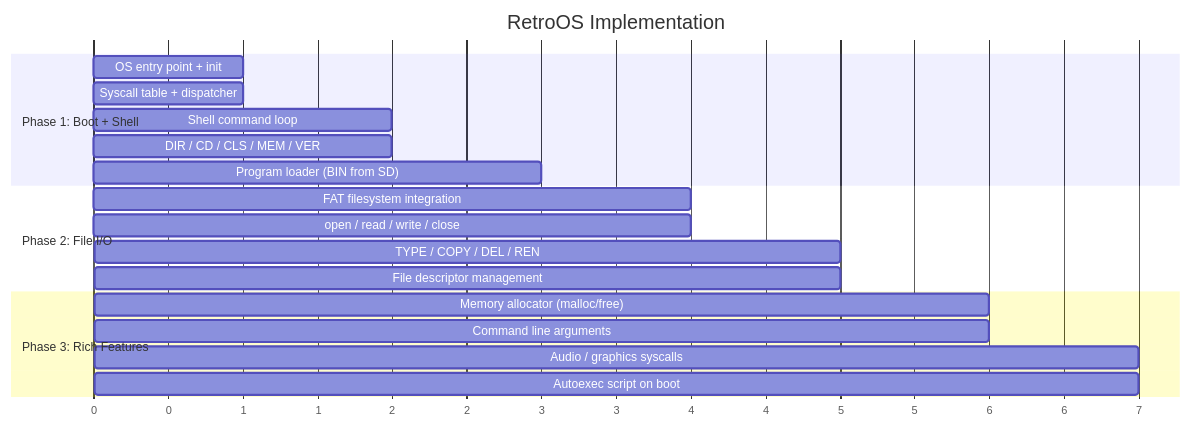
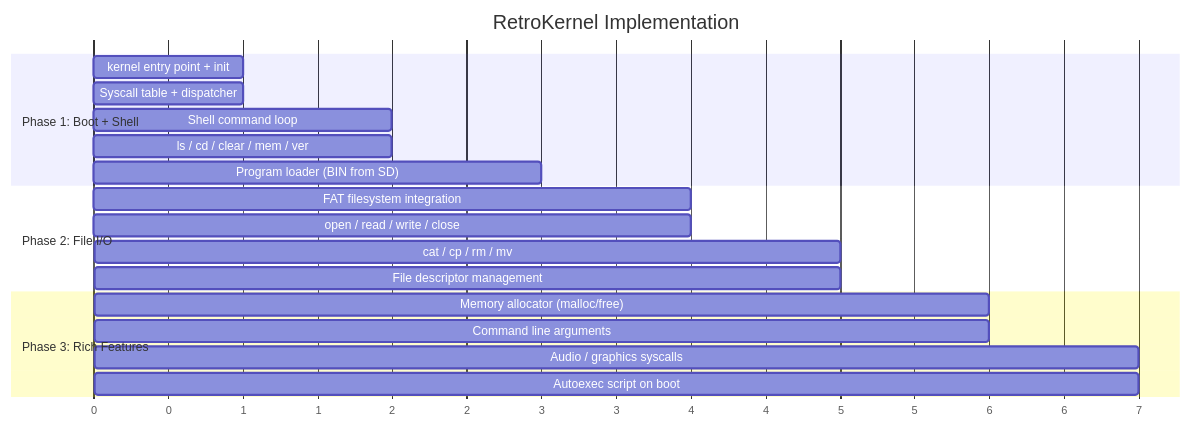
One commit to benpayne/learn-fpga changed the sixth of 6 diagrams in docs/os-spec.md. Above: the diagram before and after it, drawn with Mermaid. The commit also changed other lines of this file, not shown here.

Commit message:
Rename OS to kernel, clarify BIOS/kernel/app layering

````diff
--- a/docs/os-spec.md
+++ b/docs/os-spec.md
@@ -370,25 +376,25 @@
 ```mermaid
 gantt
-    title RetroOS Implementation
+    title RetroKernel Implementation
     dateFormat X
     axisFormat %s
 
     section Phase 1: Boot + Shell
-    OS entry point + init          :p1a, 0, 1
+    kernel entry point + init          :p1a, 0, 1
     Syscall table + dispatcher     :p1b, 0, 1
     Shell command loop             :p1c, 1, 2
-    DIR / CD / CLS / MEM / VER    :p1d, 1, 2
+    ls / cd / clear / mem / ver    :p1d, 1, 2
     Program loader (BIN from SD)   :p1e, 2, 3
 
     section Phase 2: File I/O
     FAT filesystem integration     :p2a, 3, 4
     open / read / write / close    :p2b, 3, 4
-    TYPE / COPY / DEL / REN        :p2c, 4, 5
+    cat / cp / rm / mv             :p2c, 4, 5
     File descriptor management     :p2d, 4, 5
 
     section Phase 3: Rich Features
     Memory allocator (malloc/free) :p3a, 5, 6
     Command line arguments         :p3b, 5, 6
     Audio / graphics syscalls      :p3c, 6, 7
     Autoexec script on boot        :p3d, 6, 7
 ```
````
